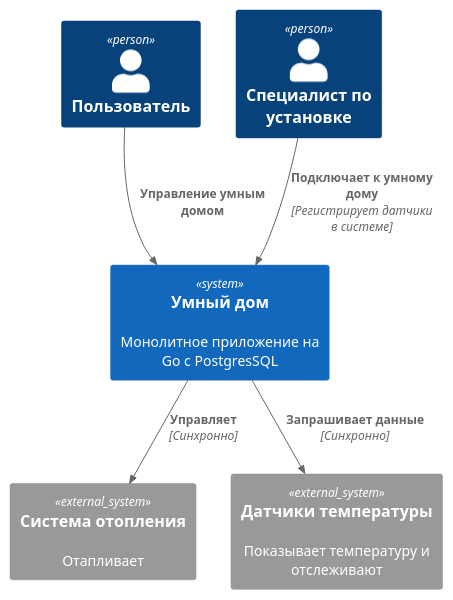
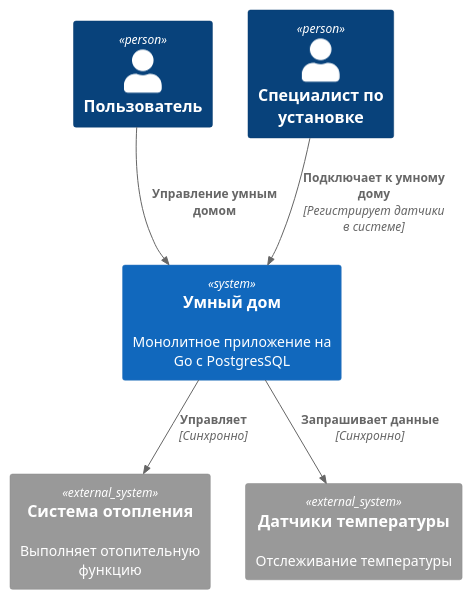
Before and after one commit to alexmented/architecture-pro-warmhouse: the diagram in schemas/C1.puml, drawn with PlantUML. The commit also changed 7 other files, not shown here.

```diff
--- a/schemas/C1.puml
+++ b/schemas/C1.puml
@@ -1,17 +1,17 @@
 @startuml
 !include https://raw.githubusercontent.com/plantuml-stdlib/C4-PlantUML/master/C4_Context.puml
 
 Person(user, "Пользователь")
 Person(installer, "Специалист по установке")
 
 
 System(heating_system, "Умный дом", "Монолитное приложение на Go с PostgresSQL")
-System_Ext(heating_device, "Система отопления", "Отапливает")
-System_Ext(sensors, "Датчики температуры", "Показывает температуру и отслеживают")
+System_Ext(heating_device, "Система отопления", "Выполняет отопительную функцию")
+System_Ext(sensors, "Датчики температуры", "Отслеживание температуры")
 
 Rel(user, heating_system, "Управление умным домом")
 Rel(installer, heating_system, "Подключает к умному дому", "Регистрирует датчики в системе")
 Rel(heating_system, heating_device, "Управляет", "Синхронно")
 Rel(heating_system, sensors, "Запрашивает данные", "Синхронно")
 
 @enduml
```
